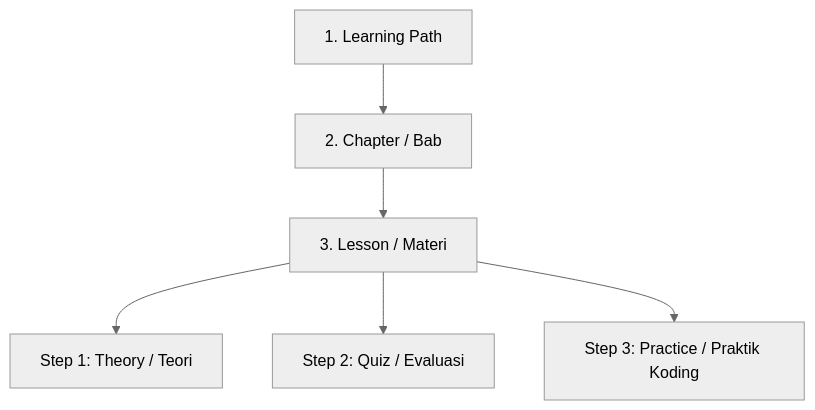
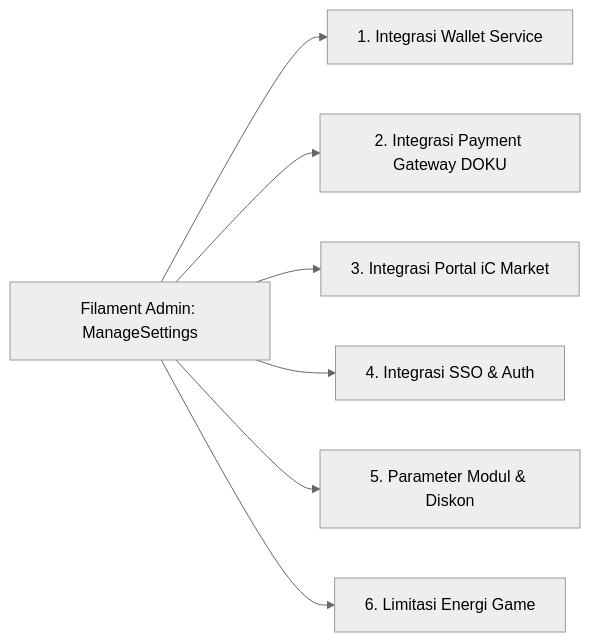
The second of 2 diagrams in PRD_ALUR_BELAJAR.md (icraftds/ic-gamez-fe), drawn with Mermaid (neutral theme) before and after one commit. The commit also changed other lines of this file, not shown here.

Commit message:
docs(prd): update module learning path and business strategy specification to v3.2

````diff
--- a/PRD_ALUR_BELAJAR.md
+++ b/PRD_ALUR_BELAJAR.md
@@ -20,8 +134,9 @@
 ```mermaid
-graph TD
-    LP[1. Learning Path] --> CH[2. Chapter / Bab]
-    CH --> LS[3. Lesson / Materi]
-    LS --> TH[Step 1: Theory / Teori]
-    LS --> QZ[Step 2: Quiz / Evaluasi]
-    LS --> PR[Step 3: Practice / Praktik Koding]
+graph LR
+    Filament[Filament Admin: ManageSettings] --> SecWallet[1. Integrasi Wallet Service]
+    Filament --> SecPG[2. Integrasi Payment Gateway DOKU]
+    Filament --> SecMarket[3. Integrasi Portal iC Market]
+    Filament --> SecSSO[4. Integrasi SSO & Auth]
+    Filament --> SecModule[5. Parameter Modul & Diskon]
+    Filament --> SecEnergy[6. Limitasi Energi Game]
 ```
````
